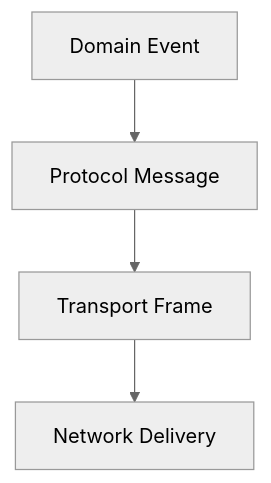
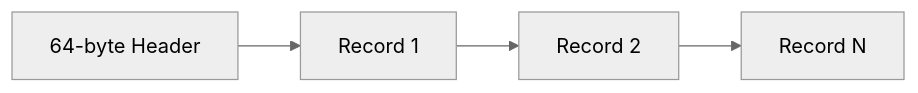
Before and after one commit to tembolo1284/maxwell: the diagram in docs/protocol.md, drawn with Mermaid (neutral theme). The commit also changed other lines of this file and 10 other files, not shown here.

````diff
--- a/docs/protocol.md
+++ b/docs/protocol.md
@@ -76,11 +286,9 @@
 ```mermaid
-flowchart TD
-    A["Domain Event"]
-    B["Protocol Message"]
-    C["Transport Frame"]
-    D["Network Delivery"]
+flowchart LR
+    HEADER["64-byte Header"]
+    R1["Record 1"]
+    R2["Record 2"]
+    RN["Record N"]
 
-    A --> B
-    B --> C
-    C --> D
+    HEADER --> R1 --> R2 --> RN
 ```
````
